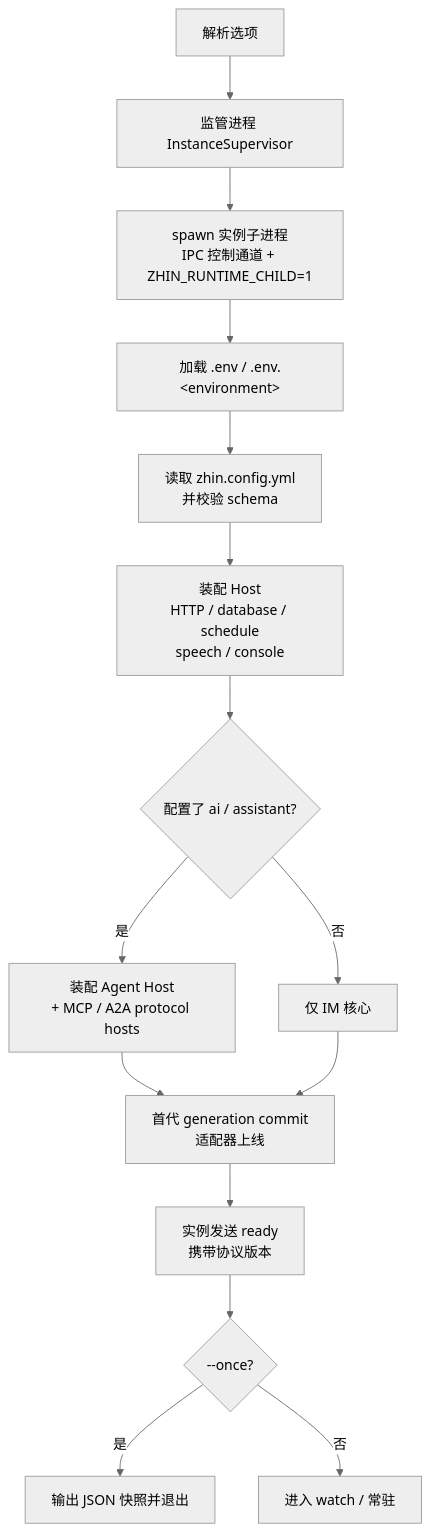
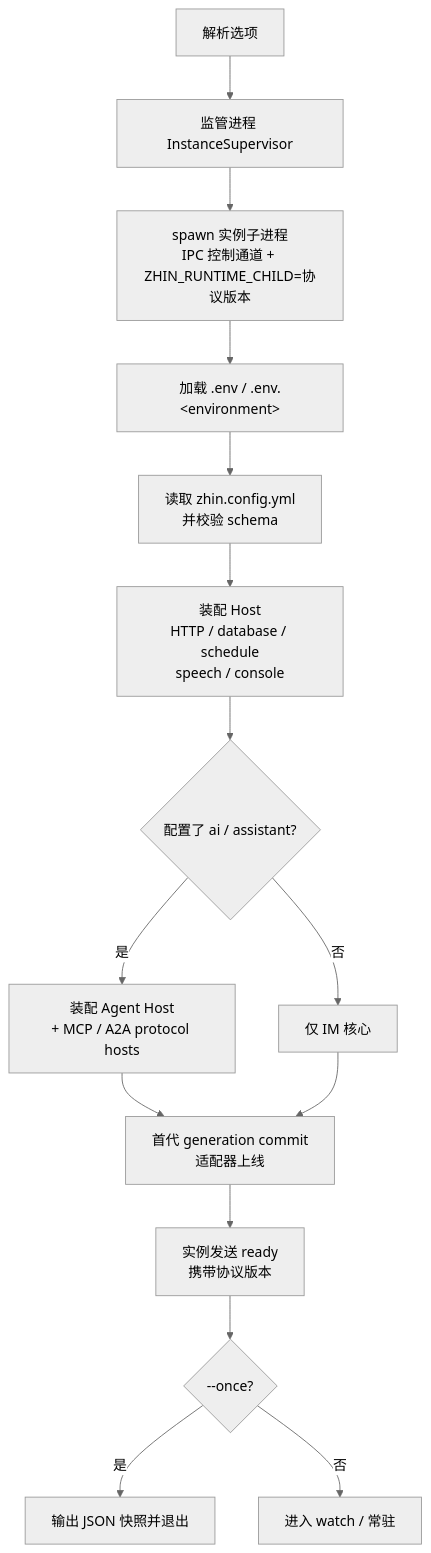
Before and after one commit to zhinjs/zhin: the diagram in docs/cli/runtime.md, drawn with Mermaid (neutral theme). The commit also changed other lines of this file and 30 other files, not shown here.

````diff
--- a/docs/cli/runtime.md
+++ b/docs/cli/runtime.md
@@ -63,17 +64,17 @@
 ```mermaid
 flowchart TD
     A[解析选项] --> B[监管进程 InstanceSupervisor]
-    B --> C[spawn 实例子进程<br/>IPC 控制通道 + ZHIN_RUNTIME_CHILD=1]
+    B --> C[spawn 实例子进程<br/>IPC 控制通道 + ZHIN_RUNTIME_CHILD=协议版本]
     C --> D[加载 .env / .env.&lt;environment&gt;]
     D --> E[读取 zhin.config.yml<br/>并校验 schema]
     E --> F[装配 Host<br/>HTTP / database / schedule<br/>speech / console]
     F --> G{配置了 ai / assistant?}
     G -- 是 --> H[装配 Agent Host<br/>+ MCP / A2A protocol hosts]
     G -- 否 --> I[仅 IM 核心]
     H --> J[首代 generation commit<br/>适配器上线]
     I --> J
     J --> R[实例发送 ready<br/>携带协议版本]
     R --> K{--once?}
     K -- 是 --> L[输出 JSON 快照并退出]
     K -- 否 --> M[进入 watch / 常驻]
 ```
````
